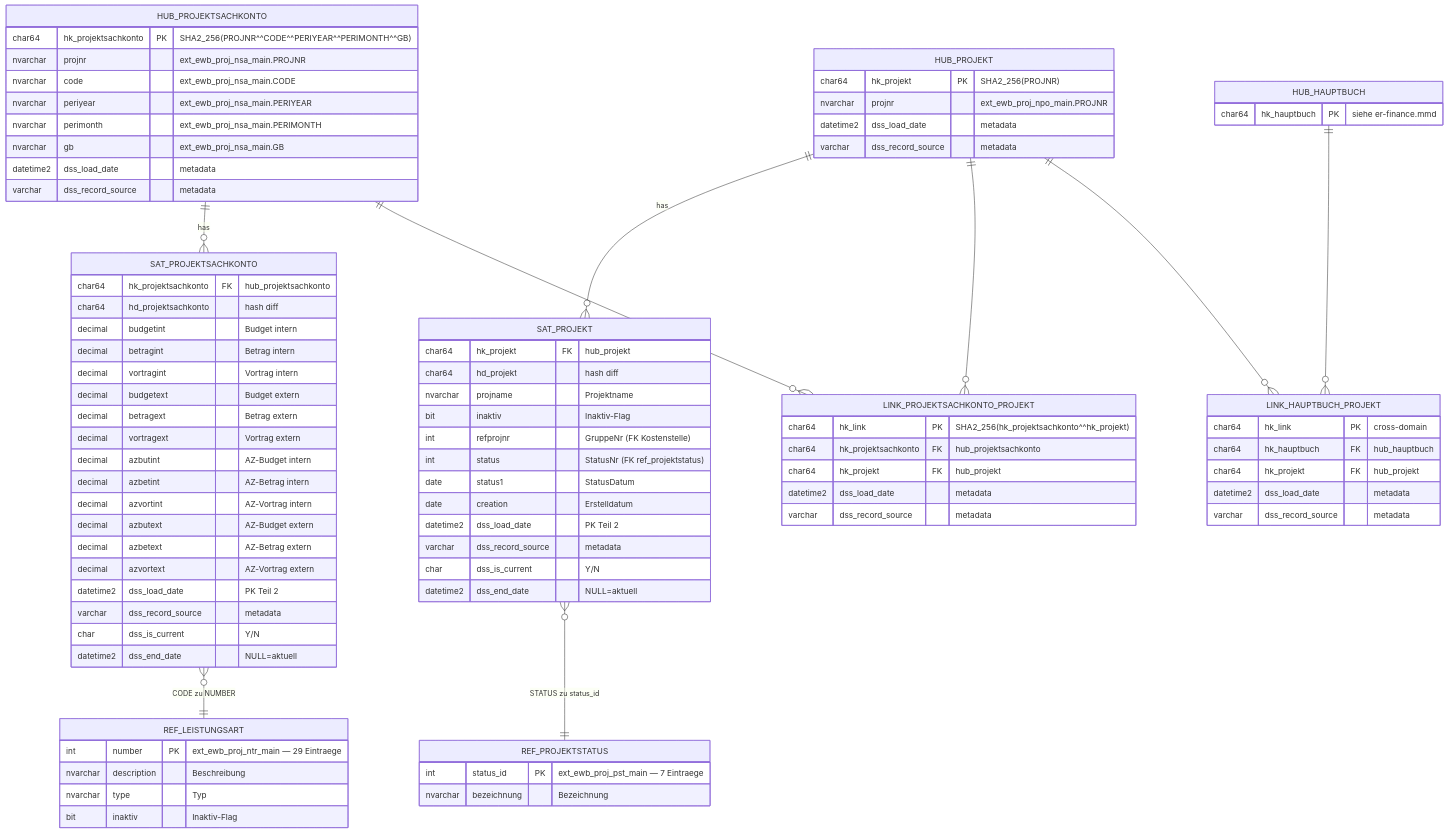
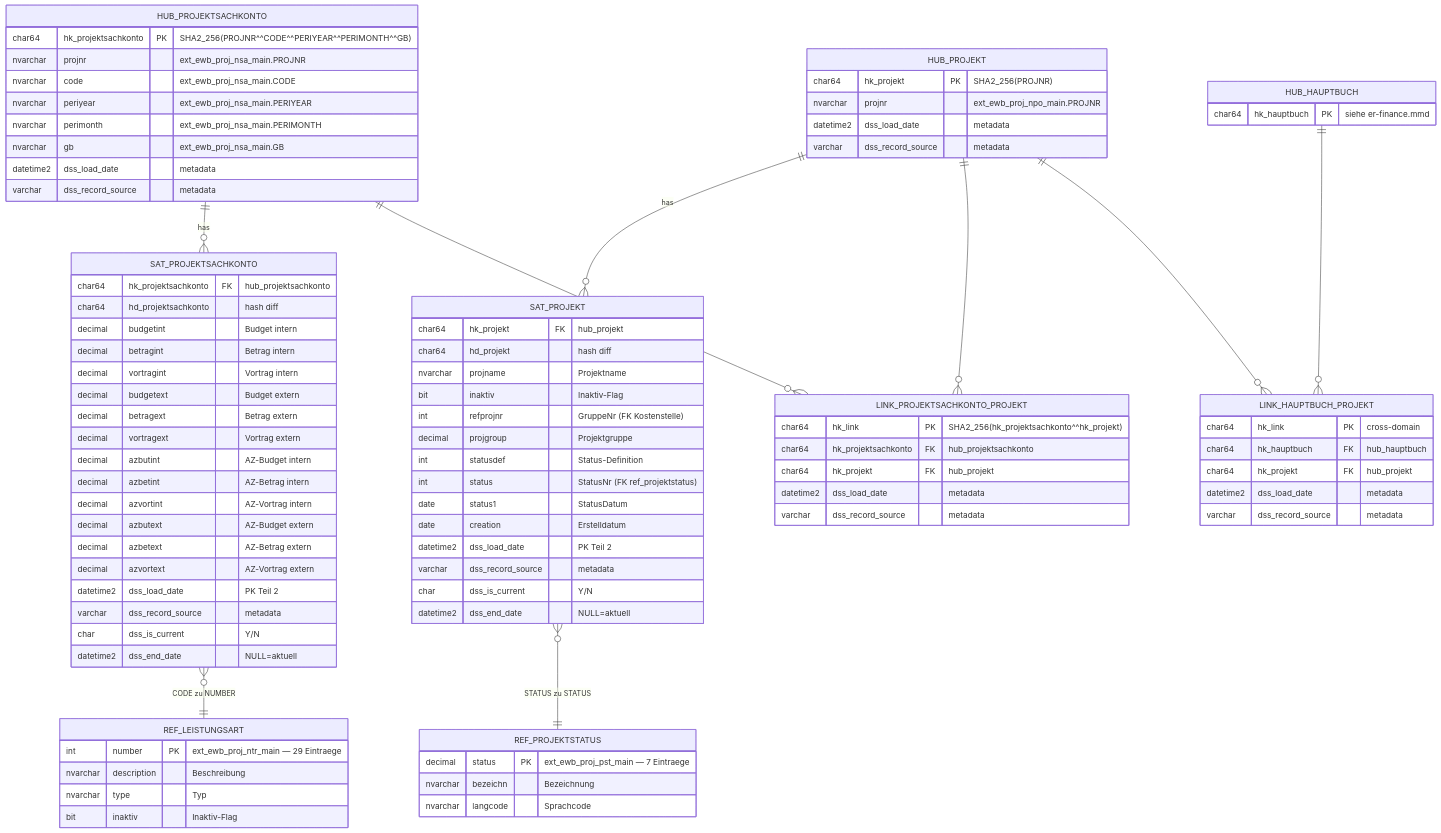
One commit to fellnerd/datavault-dbt changed the diagram in design/raw-vault/_common/er-project.mmd. Above: the diagram before and after it, drawn with Mermaid. The commit also changed 25 other files, not shown here.

```diff
--- a/design/raw-vault/_common/er-project.mmd
+++ b/design/raw-vault/_common/er-project.mmd
@@ -1,133 +1,136 @@
 erDiagram
     %% Data Vault 2.1 — EWB Raw Vault — PROJECT DOMAIN
     %% Schema: vault | Quelle: Abacus ERP
     %% Hubs: Projekt, Projektsachkonto
     %% Reference Tables: Leistungsart, Projektstatus
 
     %% ========================================
     %% HUBS
     %% ========================================
 
     HUB_PROJEKT {
         char64 hk_projekt PK "SHA2_256(PROJNR)"
         nvarchar projnr "ext_ewb_proj_npo_main.PROJNR"
         datetime2 dss_load_date "metadata"
         varchar dss_record_source "metadata"
     }
 
     HUB_PROJEKTSACHKONTO {
         char64 hk_projektsachkonto PK "SHA2_256(PROJNR^^CODE^^PERIYEAR^^PERIMONTH^^GB)"
         nvarchar projnr "ext_ewb_proj_nsa_main.PROJNR"
         nvarchar code "ext_ewb_proj_nsa_main.CODE"
         nvarchar periyear "ext_ewb_proj_nsa_main.PERIYEAR"
         nvarchar perimonth "ext_ewb_proj_nsa_main.PERIMONTH"
         nvarchar gb "ext_ewb_proj_nsa_main.GB"
         datetime2 dss_load_date "metadata"
         varchar dss_record_source "metadata"
     }
 
     %% ========================================
     %% SATELLITES
     %% ========================================
 
     SAT_PROJEKT {
         char64 hk_projekt FK "hub_projekt"
         char64 hd_projekt "hash diff"
         nvarchar projname "Projektname"
         bit inaktiv "Inaktiv-Flag"
         int refprojnr "GruppeNr (FK Kostenstelle)"
+        decimal projgroup "Projektgruppe"
+        int statusdef "Status-Definition"
         int status "StatusNr (FK ref_projektstatus)"
         date status1 "StatusDatum"
         date creation "Erstelldatum"
         datetime2 dss_load_date "PK Teil 2"
         varchar dss_record_source "metadata"
         char dss_is_current "Y/N"
         datetime2 dss_end_date "NULL=aktuell"
     }
 
     SAT_PROJEKTSACHKONTO {
         char64 hk_projektsachkonto FK "hub_projektsachkonto"
         char64 hd_projektsachkonto "hash diff"
         decimal budgetint "Budget intern"
         decimal betragint "Betrag intern"
         decimal vortragint "Vortrag intern"
         decimal budgetext "Budget extern"
         decimal betragext "Betrag extern"
         decimal vortragext "Vortrag extern"
         decimal azbutint "AZ-Budget intern"
         decimal azbetint "AZ-Betrag intern"
         decimal azvortint "AZ-Vortrag intern"
         decimal azbutext "AZ-Budget extern"
         decimal azbetext "AZ-Betrag extern"
         decimal azvortext "AZ-Vortrag extern"
         datetime2 dss_load_date "PK Teil 2"
         varchar dss_record_source "metadata"
         char dss_is_current "Y/N"
         datetime2 dss_end_date "NULL=aktuell"
     }
 
     %% ========================================
     %% REFERENCE TABLES
     %% ========================================
 
     REF_LEISTUNGSART {
         int number PK "ext_ewb_proj_ntr_main — 29 Eintraege"
         nvarchar description "Beschreibung"
         nvarchar type "Typ"
         bit inaktiv "Inaktiv-Flag"
     }
 
     REF_PROJEKTSTATUS {
-        int status_id PK "ext_ewb_proj_pst_main — 7 Eintraege"
-        nvarchar bezeichnung "Bezeichnung"
+        decimal status PK "ext_ewb_proj_pst_main — 7 Eintraege"
+        nvarchar bezeichn "Bezeichnung"
+        nvarchar langcode "Sprachcode"
     }
 
     %% ========================================
     %% LINKS
     %% ========================================
 
     LINK_PROJEKTSACHKONTO_PROJEKT {
         char64 hk_link PK "SHA2_256(hk_projektsachkonto^^hk_projekt)"
         char64 hk_projektsachkonto FK "hub_projektsachkonto"
         char64 hk_projekt FK "hub_projekt"
         datetime2 dss_load_date "metadata"
         varchar dss_record_source "metadata"
     }
 
     %% Cross-domain: Hauptbuch → Projekt (detail in er-finance.mmd)
     HUB_HAUPTBUCH {
         char64 hk_hauptbuch PK "siehe er-finance.mmd"
     }
 
     LINK_HAUPTBUCH_PROJEKT {
         char64 hk_link PK "cross-domain"
         char64 hk_hauptbuch FK "hub_hauptbuch"
         char64 hk_projekt FK "hub_projekt"
         datetime2 dss_load_date "metadata"
         varchar dss_record_source "metadata"
     }
 
     %% ========================================
     %% RELATIONSHIPS — Hub → Satellite
     %% ========================================
 
     HUB_PROJEKT ||--o{ SAT_PROJEKT : has
     HUB_PROJEKTSACHKONTO ||--o{ SAT_PROJEKTSACHKONTO : has
 
     %% ========================================
     %% RELATIONSHIPS — Hub → Link
     %% ========================================
 
     HUB_PROJEKTSACHKONTO ||--o{ LINK_PROJEKTSACHKONTO_PROJEKT : ""
     HUB_PROJEKT ||--o{ LINK_PROJEKTSACHKONTO_PROJEKT : ""
 
     %% Cross-domain
     HUB_HAUPTBUCH ||--o{ LINK_HAUPTBUCH_PROJEKT : ""
     HUB_PROJEKT ||--o{ LINK_HAUPTBUCH_PROJEKT : ""
 
     %% ========================================
     %% RELATIONSHIPS — Reference Tables
     %% ========================================
 
     SAT_PROJEKTSACHKONTO }o--|| REF_LEISTUNGSART : "CODE zu NUMBER"
-    SAT_PROJEKT }o--|| REF_PROJEKTSTATUS : "STATUS zu status_id"
+    SAT_PROJEKT }o--|| REF_PROJEKTSTATUS : "STATUS zu STATUS"
```
